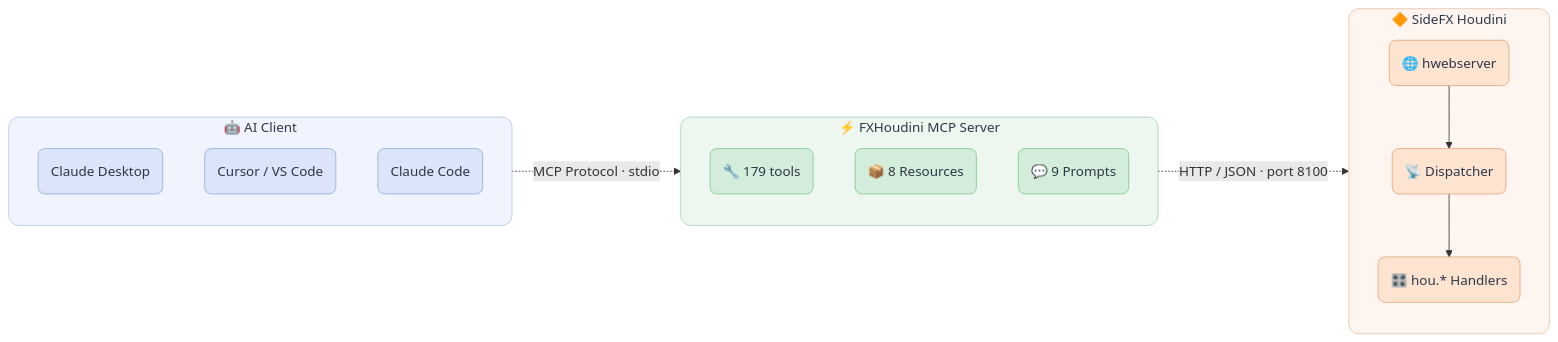
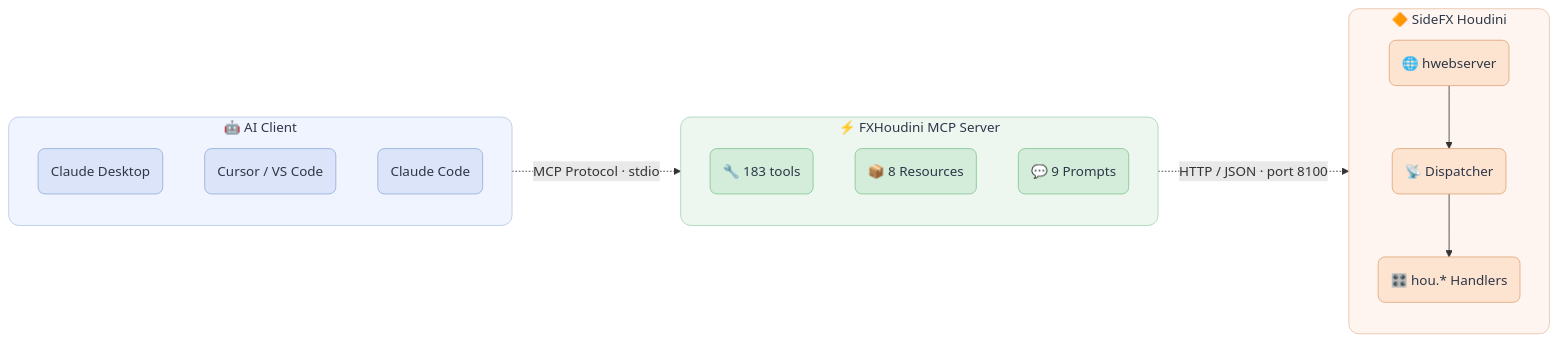
One commit to Ced04826/fxhoudinimcp changed the diagram in README.md. Above: the diagram before and after it, drawn with Mermaid. The commit also changed other lines of this file and 18 other files, not shown here.

````diff
--- a/README.md
+++ b/README.md
@@ -89,42 +89,42 @@
 ```mermaid
 flowchart LR
     subgraph Client[" 🤖 AI Client "]
         direction TB
         A1("Claude Desktop")
         A2("Cursor / VS Code")
         A3("Claude Code")
     end
 
     subgraph MCP[" ⚡ FXHoudini MCP Server "]
         direction TB
-        B1("🔧 179 tools")
+        B1("🔧 183 tools")
         B2("📦 8 Resources")
         B3("💬 9 Prompts")
     end
 
     subgraph Houdini[" 🔶 SideFX Houdini "]
         direction TB
         C1("🌐 hwebserver")
         C2("📡 Dispatcher")
         C3("🎛️ hou.* Handlers")
         C1 --> C2 --> C3
     end
 
     Client -. "MCP Protocol · stdio" .-> MCP
     MCP -. "HTTP / JSON · port 8100" .-> Houdini
 
     classDef clientBox fill:#f0f4ff,stroke:#b8c9e8,stroke-width:1px,color:#2d3748,rx:12,ry:12
     classDef mcpBox fill:#eef6f0,stroke:#a8d5b8,stroke-width:1px,color:#2d3748,rx:12,ry:12
     classDef houdiniBox fill:#fff5f0,stroke:#e8c4a8,stroke-width:1px,color:#2d3748,rx:12,ry:12
 
     classDef clientNode fill:#dbe4f8,stroke:#96b0dc,stroke-width:1px,color:#2d3748,rx:8,ry:8
     classDef mcpNode fill:#d4edda,stroke:#82c896,stroke-width:1px,color:#2d3748,rx:8,ry:8
     classDef houdiniNode fill:#fde4d0,stroke:#e0a87c,stroke-width:1px,color:#2d3748,rx:8,ry:8
 
     class Client clientBox
     class MCP mcpBox
     class Houdini houdiniBox
     class A1,A2,A3 clientNode
     class B1,B2,B3 mcpNode
     class C1,C2,C3 houdiniNode
 ```
````
